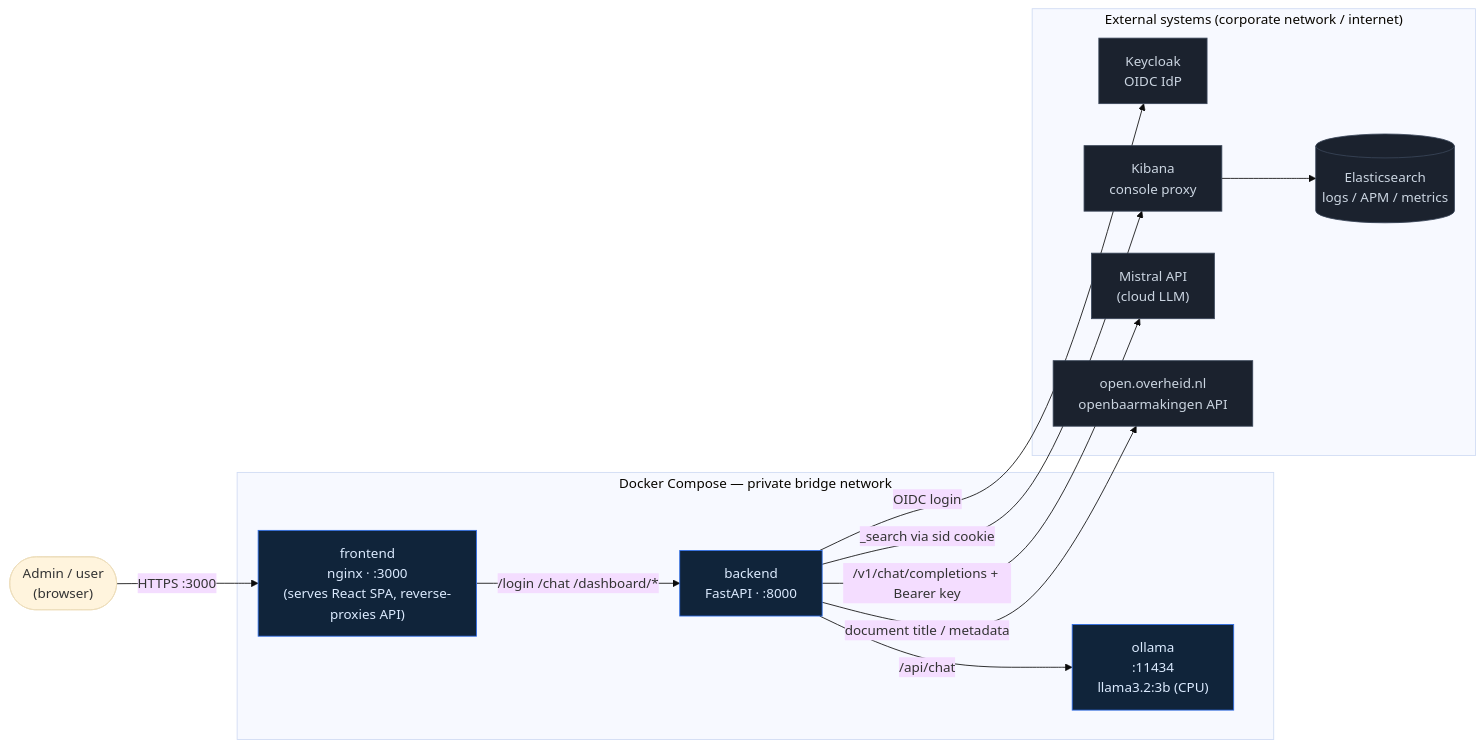
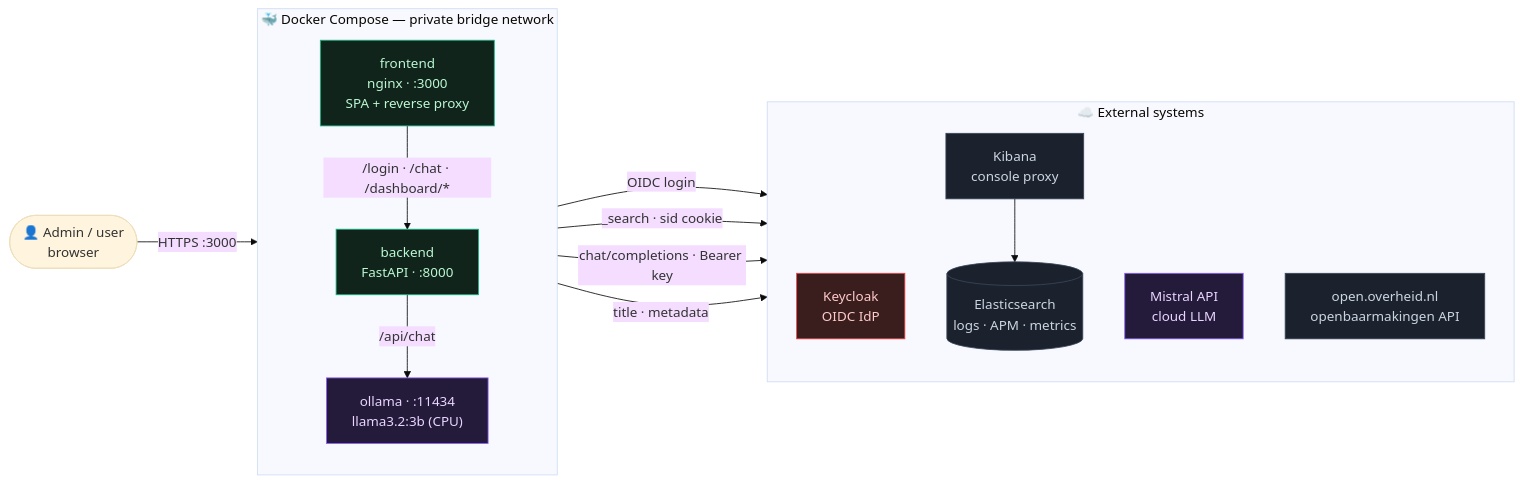
One commit to virimbo/kibana-oo changed the first of 8 diagrams in docs/KIBANA-OO/Architecture.md. Above: the diagram before and after it, drawn with Mermaid (base theme). The commit also changed other lines of this file, not shown here.

First line of the commit message:
docs(architecture): polish — themed diagrams, resilience + triage, quality scorecard

````diff
--- a/docs/KIBANA-OO/Architecture.md
+++ b/docs/KIBANA-OO/Architecture.md
@@ -19,34 +29,38 @@
 ```mermaid
 flowchart LR
-    user(["Admin / user<br/>(browser)"])
+    user(["👤 Admin / user<br/>browser"])
 
-    subgraph compose["Docker Compose — private bridge network"]
-        fe["frontend<br/>nginx · :3000<br/>(serves React SPA, reverse-proxies API)"]
+    subgraph compose["🐳 Docker Compose — private bridge network"]
+        direction TB
+        fe["frontend<br/>nginx · :3000<br/>SPA + reverse proxy"]
         be["backend<br/>FastAPI · :8000"]
-        ol["ollama<br/>:11434<br/>llama3.2:3b (CPU)"]
+        ol["ollama · :11434<br/>llama3.2:3b (CPU)"]
     end
 
-    subgraph ext["External systems (corporate network / internet)"]
+    subgraph ext["☁️ External systems"]
+        direction TB
         kc["Keycloak<br/>OIDC IdP"]
         kb["Kibana<br/>console proxy"]
-        es[("Elasticsearch<br/>logs / APM / metrics")]
-        mi["Mistral API<br/>(cloud LLM)"]
+        es[("Elasticsearch<br/>logs · APM · metrics")]
+        mi["Mistral API<br/>cloud LLM"]
         ov["open.overheid.nl<br/>openbaarmakingen API"]
     end
 
-    user -->|"HTTPS :3000"| fe
-    fe -->|"/login /chat /dashboard/*"| be
+    user -->|HTTPS :3000| fe
+    fe -->|"/login · /chat · /dashboard/*"| be
+    be -->|OIDC login| kc
+    be -->|"_search · sid cookie"| kb --> es
+    be -->|/api/chat| ol
+    be -->|"chat/completions · Bearer key"| mi
+    be -->|title · metadata| ov
 
-    be -->|"OIDC login"| kc
-    be -->|"_search via sid cookie"| kb
-    kb --> es
-
-    be -->|"/api/chat"| ol
-    be -->|"/v1/chat/completions + Bearer key"| mi
-    be -->|"document title / metadata"| ov
-
+    classDef app fill:#0f243d,stroke:#2f6feb,stroke-width:1.5px,color:#dbeafe;
     classDef ext fill:#1b222e,stroke:#3a4659,color:#cbd5e1;
-    classDef box fill:#10243a,stroke:#2f6feb,color:#dbeafe;
-    class kc,kb,es,mi,ov ext;
-    class fe,be,ol box;
+    classDef llm fill:#241a3a,stroke:#8b5cf6,color:#e9d5ff;
+    classDef sec fill:#3a1d1d,stroke:#ef4444,color:#fecaca;
+    classDef cli fill:#10241c,stroke:#10b981,color:#bbf7d0;
+    class fe,be cli;
+    class ol,mi llm;
+    class kb,es,ov ext;
+    class kc sec;
 ```
````
